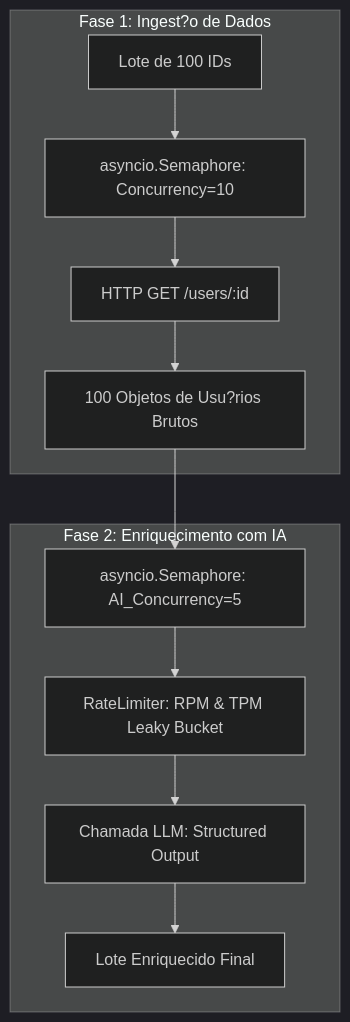
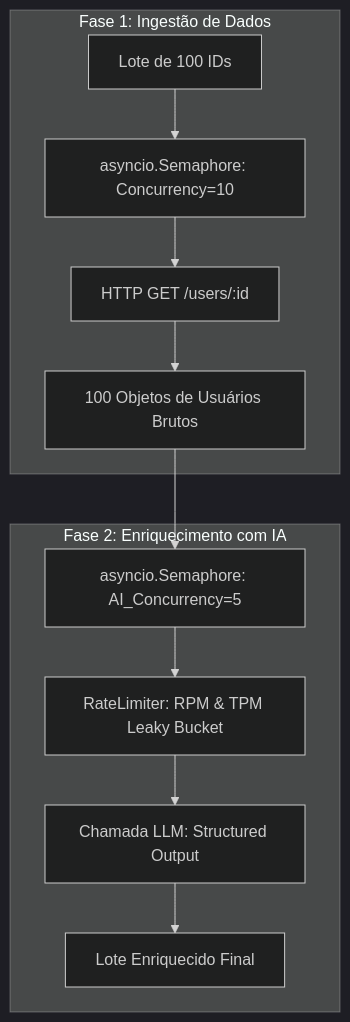
Before and after one commit to JoaoIto/users-hit: the second of 2 diagrams in spec/06_AI_AND_PRODUCTION_PATTERNS.md, drawn with Mermaid (dark theme). The commit also changed other lines of this file and 5 other files, not shown here.

````diff
--- a/spec/06_AI_AND_PRODUCTION_PATTERNS.md
+++ b/spec/06_AI_AND_PRODUCTION_PATTERNS.md
@@ -170,15 +182,16 @@
 ```mermaid
 flowchart TD
-    subgraph Phase1 [Fase 1: Ingest?o de Dados]
+    subgraph Phase1 [Fase 1: Ingestão de Dados]
         Batch[Lote de 100 IDs] --> SemHTTP[asyncio.Semaphore: Concurrency=10]
         SemHTTP --> Fetch[HTTP GET /users/:id]
-        Fetch --> RawData[100 Objetos de Usu?rios Brutos]
+        Fetch --> RawData[100 Objetos de Usuários Brutos]
     end
 
     subgraph Phase2 [Fase 2: Enriquecimento com IA]
         RawData --> SemAI[asyncio.Semaphore: AI_Concurrency=5]
         SemAI --> TokenTracker[RateLimiter: RPM & TPM Leaky Bucket]
         TokenTracker --> LLMCall[Chamada LLM: Structured Output]
         LLMCall --> EnrichedData[Lote Enriquecido Final]
     end
+
 ```
````
